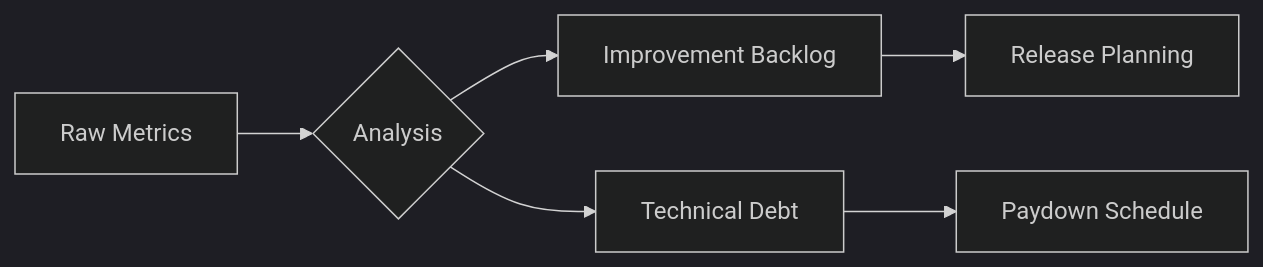
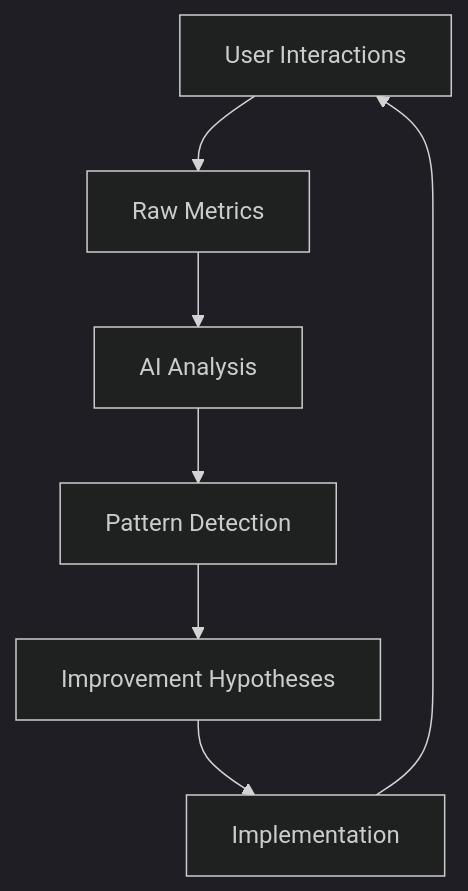
The first of 2 diagrams in documentation/templates/continuous_improvement_template.md (NikKowPHP/lessay-cline), drawn with Mermaid (dark theme) before and after one commit. The commit also changed other lines of this file and 18 other files, not shown here.

````diff
--- a/documentation/templates/continuous_improvement_template.md
+++ b/documentation/templates/continuous_improvement_template.md
@@ -66,8 +7,9 @@
 ```mermaid
-graph LR
-    A[Raw Metrics] --> B{Analysis}
-    B --> C[Improvement Backlog]
-    B --> D[Technical Debt]
-    C --> E[Release Planning]
-    D --> F[Paydown Schedule]
+graph TD
+    A[User Interactions] --> B[Raw Metrics]
+    B --> C[AI Analysis]
+    C --> D[Pattern Detection]
+    D --> E[Improvement Hypotheses]
+    E --> F[Implementation]
+    F --> A
 ```
````
